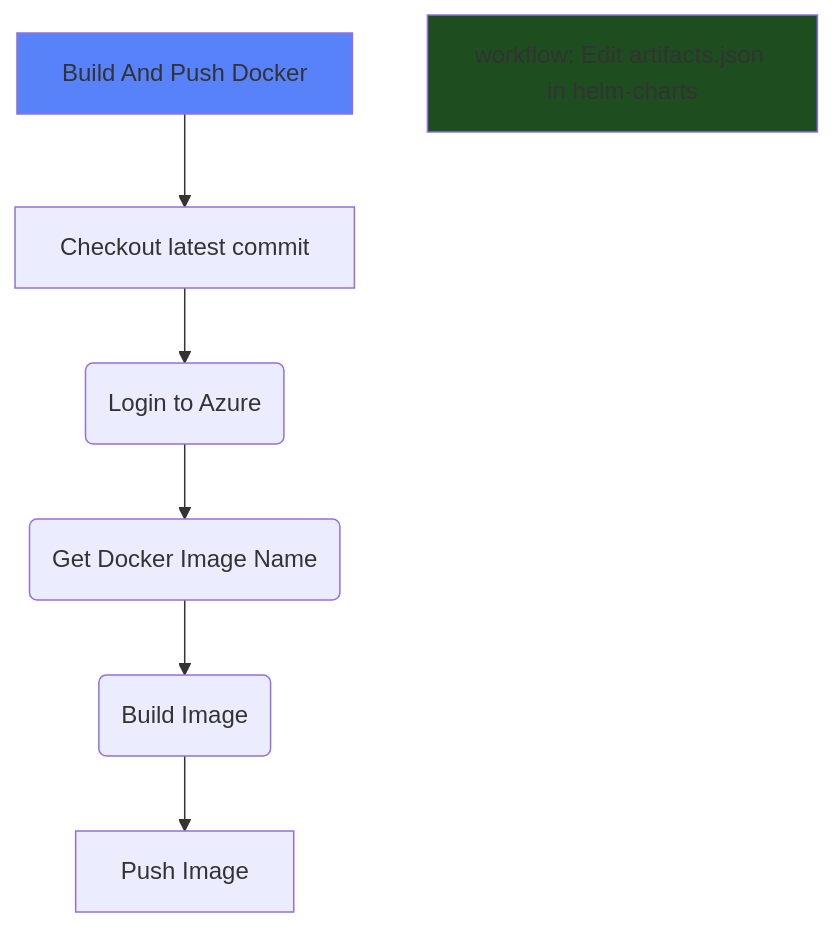
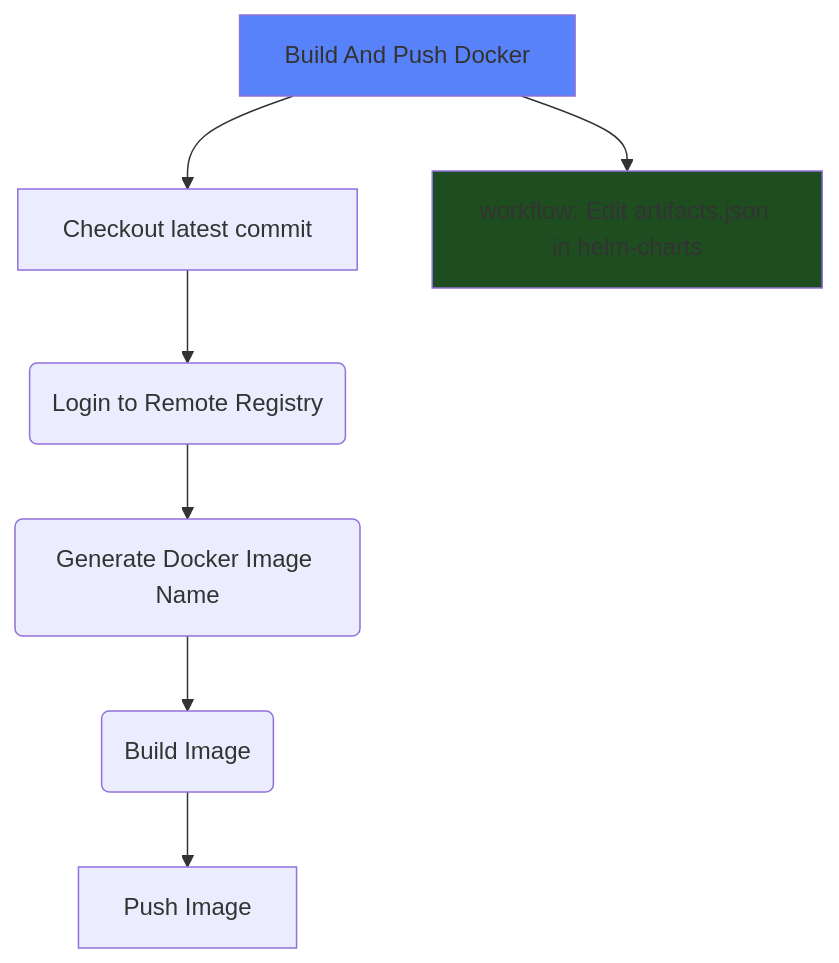
Before and after one commit to MapColonies/shared-workflows: the first of 5 diagrams in README.md, drawn with Mermaid. The commit also changed other lines of this file, not shown here.

Commit message:
docs: add usePostgres env to readme

````diff
--- a/README.md
+++ b/README.md
@@ -16,11 +16,11 @@
 ```mermaid
 flowchart TD
     classDef head fill:#5882FA
     classDef workflow fill:#1E4E20
     A[Build And Push Docker]:::head --> B[Checkout latest commit]
-    B --> C(Login to Azure)
-    C --> D(Get Docker Image Name)
+    B --> C(Login to Remote Registry)
+    C --> D(Generate Docker Image Name)
     D --> E( Build Image)
     E --> F[Push Image]
-    G[workflow: Edit artifacts.json in helm-charts]:::workflow
+    A --> G[workflow: Edit artifacts.json in helm-charts]:::workflow
 ```
````
